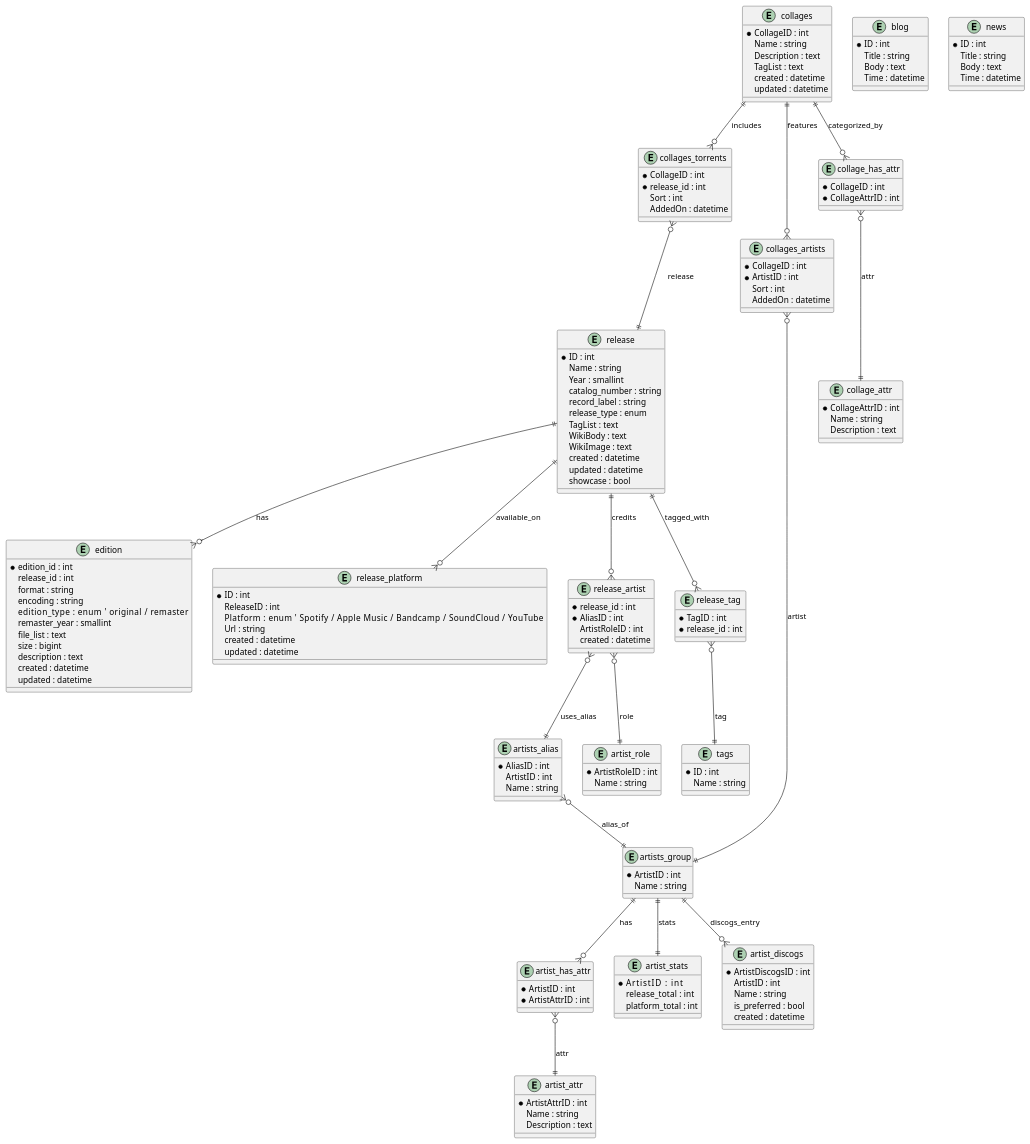
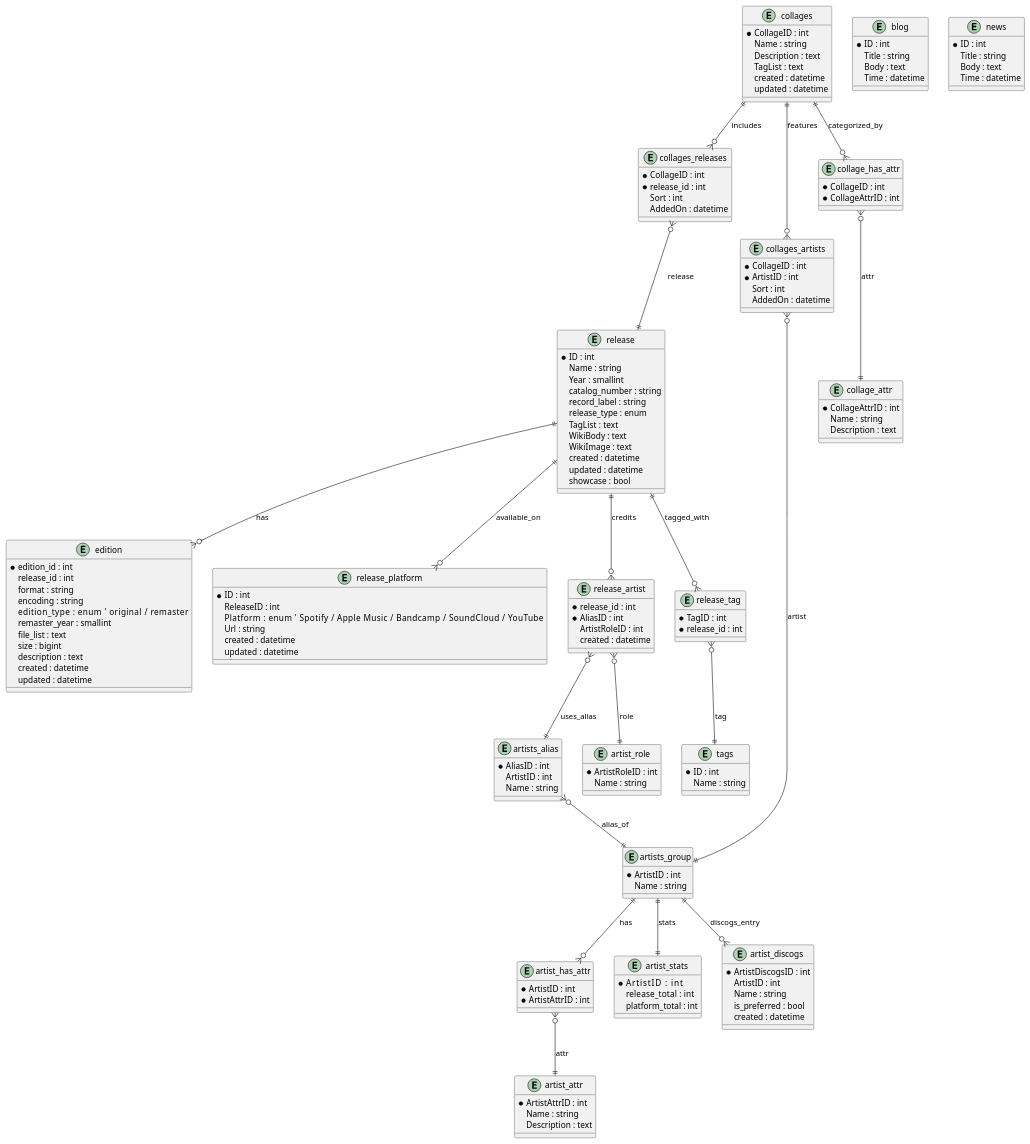
One commit to Walrus94/DotM changed the diagram in docs/plantuml/target.puml. Above: the diagram before and after it, drawn with PlantUML.

Commit message:
docs: rename collage releases join table

```diff
--- a/docs/plantuml/target.puml
+++ b/docs/plantuml/target.puml
@@ -1,166 +1,166 @@
 @startuml
 entity "release" as Release {
   *ID : int
   Name : string
   Year : smallint
   catalog_number : string
   record_label : string
   release_type : enum
   TagList : text
   WikiBody : text
   WikiImage : text
   created : datetime
   updated : datetime
   showcase : bool
 }
 
 entity "edition" as Edition {
   *edition_id : int
   release_id : int
   format : string
   encoding : string
   edition_type : enum        ' original / remaster
   remaster_year : smallint
   file_list : text
   size : bigint
   description : text
   created : datetime
   updated : datetime
 }
 
 entity "release_platform" as ReleasePlatform {
   *ID : int
   ReleaseID : int
   Platform : enum            ' Spotify / Apple Music / Bandcamp / SoundCloud / YouTube
   Url : string
   created : datetime
   updated : datetime
 }
 
 entity "artists_group" as Artist {
   *ArtistID : int
   Name : string
 }
 
 entity "artists_alias" as ArtistAlias {
   *AliasID : int
   ArtistID : int
   Name : string
 }
 
 entity "release_artist" as ReleaseArtist {
   *release_id : int
   *AliasID : int
   ArtistRoleID : int
   created : datetime
 }
 
 entity "artist_role" as ArtistRole {
   *ArtistRoleID : int
   Name : string
 }
 
 entity "artist_attr" as ArtistAttr {
   *ArtistAttrID : int
   Name : string
   Description : text
 }
 
 entity "artist_has_attr" as ArtistHasAttr {
   *ArtistID : int
   *ArtistAttrID : int
 }
 
 entity "artist_stats" as ArtistStats {
   *ArtistID      : int
   release_total  : int
   platform_total : int
 }
 
 entity "tags" as Tag {
   *ID : int
   Name : string
 }
 
 entity "release_tag" as ReleaseTag {
   *TagID : int
   *release_id : int
 }
 
 Release ||--o{ Edition : has
 Release ||--o{ ReleasePlatform : available_on
 Release ||--o{ ReleaseArtist : credits
 Release ||--o{ ReleaseTag : tagged_with
 ReleaseArtist }o--|| ArtistAlias : uses_alias
 ReleaseArtist }o--|| ArtistRole : role
 ArtistAlias }o--|| Artist : alias_of
 Artist ||--o{ ArtistHasAttr : has
 ArtistHasAttr }o--|| ArtistAttr : attr
 Artist ||--|| ArtistStats : stats
 ReleaseTag }o--|| Tag : tag
 
 entity "collages" as Collage {
   *CollageID : int
   Name : string
   Description : text
   TagList : text
   created : datetime
   updated : datetime
 }
 
-entity "collages_torrents" as CollageRelease {
+entity "collages_releases" as CollageRelease {
   *CollageID : int
   *release_id : int
   Sort : int
   AddedOn : datetime
 }
 
 entity "collages_artists" as CollageArtist {
   *CollageID : int
   *ArtistID : int
   Sort : int
   AddedOn : datetime
 }
 
 entity "collage_attr" as CollageAttr {
   *CollageAttrID : int
   Name : string
   Description : text
 }
 
 entity "collage_has_attr" as CollageHasAttr {
   *CollageID : int
   *CollageAttrID : int
 }
 
 Collage ||--o{ CollageRelease : includes
 CollageRelease }o--|| Release : release
 Collage ||--o{ CollageArtist : features
 CollageArtist }o--|| Artist : artist
 Collage ||--o{ CollageHasAttr : categorized_by
 CollageHasAttr }o--|| CollageAttr : attr
 
 entity "artist_discogs" as ArtistDiscogs {
   *ArtistDiscogsID : int
   ArtistID : int
   Name : string
   is_preferred : bool
   created : datetime
 }
 
 Artist ||--o{ ArtistDiscogs : discogs_entry
 
 entity "blog" as Blog {
   *ID : int
   Title : string
   Body : text
   Time : datetime
 }
 
 entity "news" as News {
   *ID : int
   Title : string
   Body : text
   Time : datetime
 }
 @enduml
```
